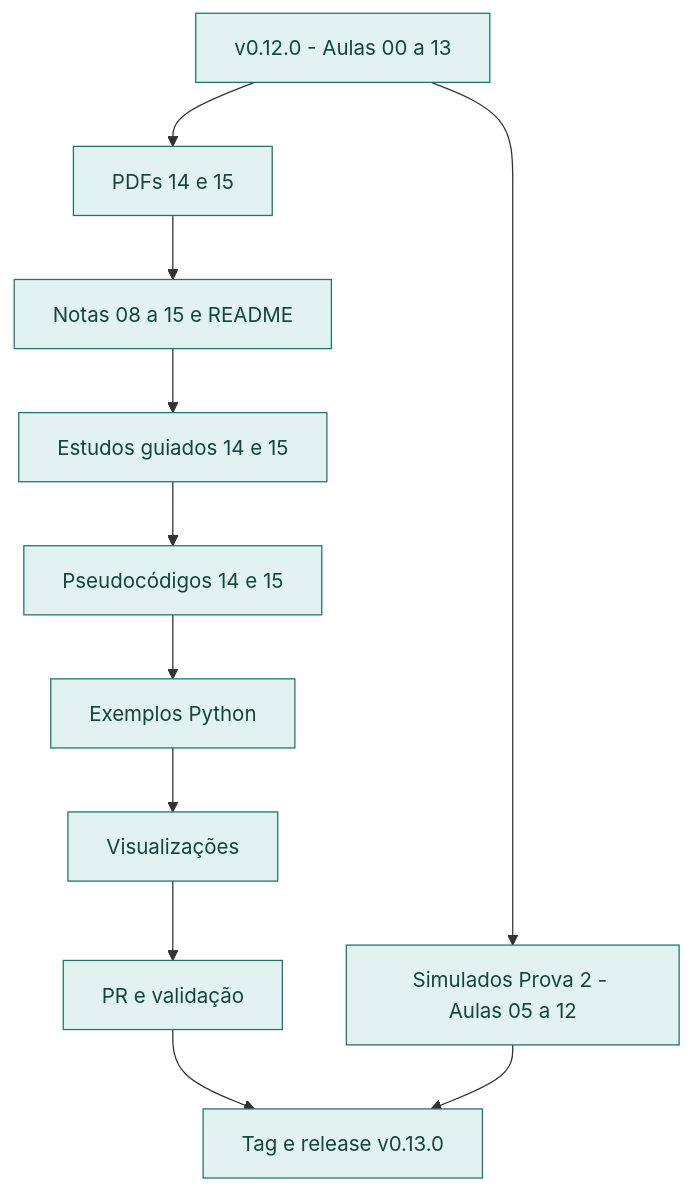
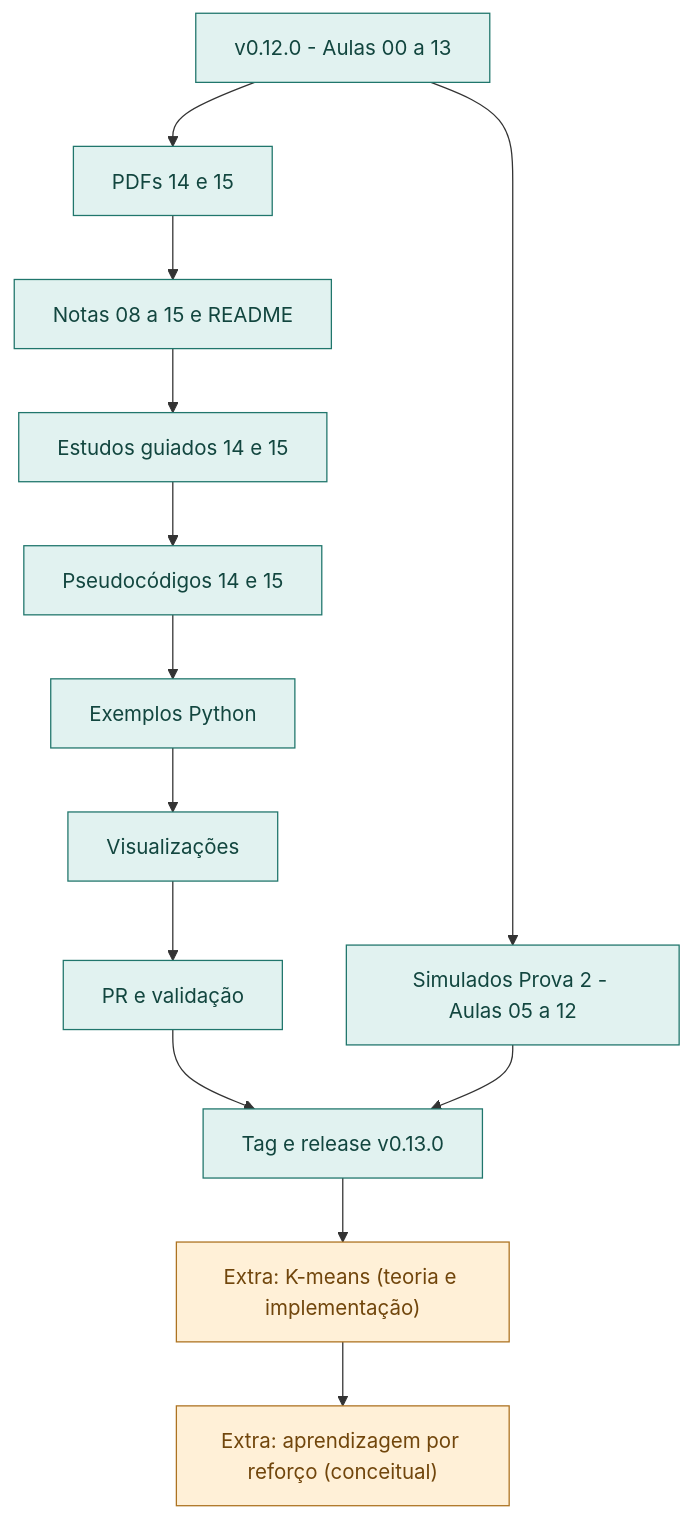
One commit to tiagofga/EC-IA changed the diagram in docs/roadmap.md. Above: the diagram before and after it, drawn with Mermaid. The commit also changed other lines of this file, not shown here.

Commit message:
docs(roadmap): plan optional clustering and reinforcement learning topics

````diff
--- a/docs/roadmap.md
+++ b/docs/roadmap.md
@@ -53,16 +64,19 @@
 ```mermaid
 flowchart TD
   A["v0.12.0 - Aulas 00 a 13"] --> B["PDFs 14 e 15"]
   B --> C["Notas 08 a 15 e README"]
   C --> D["Estudos guiados 14 e 15"]
   D --> E["Pseudocódigos 14 e 15"]
   E --> F["Exemplos Python"]
   F --> G["Visualizações"]
   G --> H["PR e validação"]
   H --> I["Tag e release v0.13.0"]
   A --> J["Simulados Prova 2 - Aulas 05 a 12"]
   J --> I
+  I --> K["Extra: K-means (teoria e implementação)"]
+  K --> L["Extra: aprendizagem por reforço (conceitual)"]
   classDef done fill:#e1f2f0,stroke:#20766c,color:#12463f;
   classDef pending fill:#fff0d7,stroke:#ad7321,color:#71460c;
   class A,B,C,D,E,F,G,H,I,J done;
+  class K,L pending;
 ```
````
